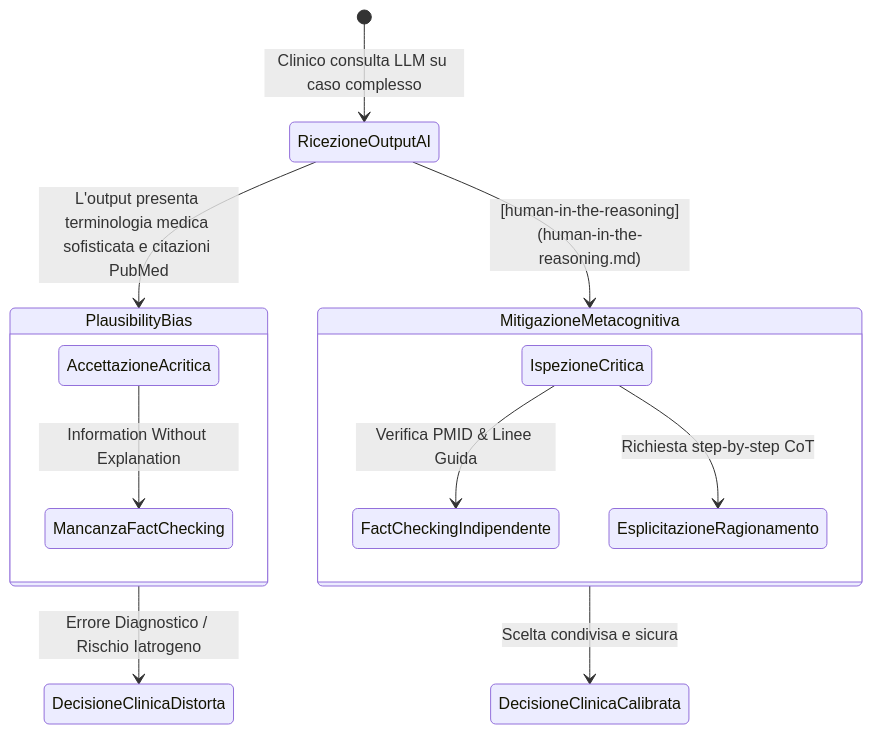
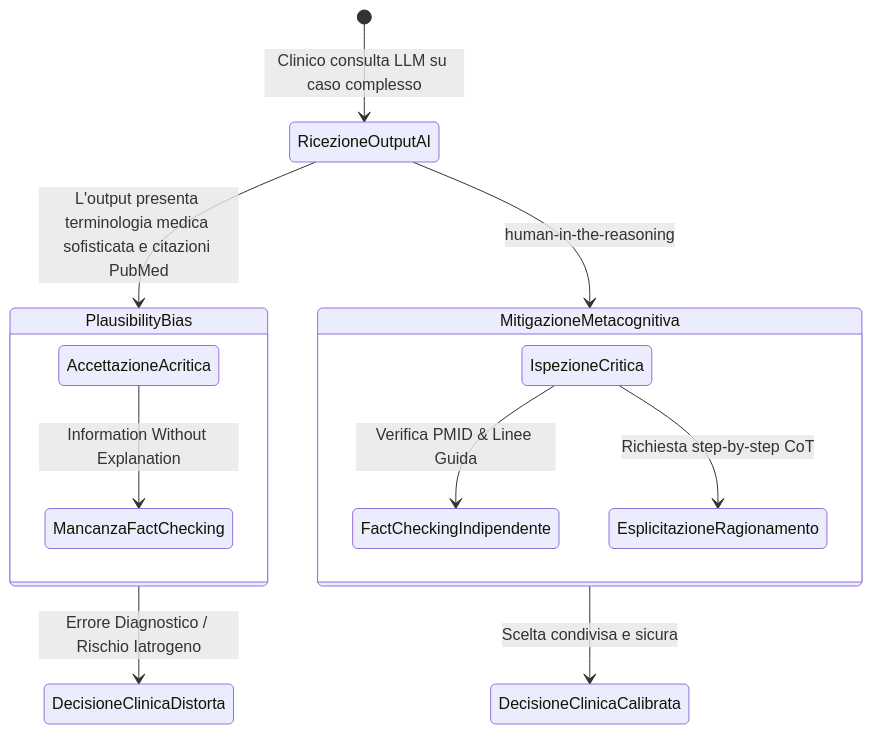
Before and after one commit to andreaferrari7-star/andreaferrari.github.io: the second of 2 diagrams in content/concetti/information-without-explanation-in-clinical-ai.md, drawn with Mermaid. The commit also changed other lines of this file and 656 other files, not shown here.

````diff
--- a/content/concetti/information-without-explanation-in-clinical-ai.md
+++ b/content/concetti/information-without-explanation-in-clinical-ai.md
@@ -50,19 +51,19 @@
 ```mermaid
 stateDiagram-v2
     [*] --> RicezioneOutputAI: Clinico consulta LLM su caso complesso
     RicezioneOutputAI --> PlausibilityBias: L'output presenta terminologia medica sofisticata e citazioni PubMed
     
     state PlausibilityBias {
         AccettazioneAcritica --> MancanzaFactChecking: Information Without Explanation
     }
     
     PlausibilityBias --> DecisioneClinicaDistorta: Errore Diagnostico / Rischio Iatrogeno
     
     state MitigazioneMetacognitiva {
         IspezioneCritica --> FactCheckingIndipendente: Verifica PMID & Linee Guida
         IspezioneCritica --> EsplicitazioneRagionamento: Richiesta step-by-step CoT
     }
     
-    RicezioneOutputAI --> MitigazioneMetacognitiva: [human-in-the-reasoning](human-in-the-reasoning.md)
+    RicezioneOutputAI --> MitigazioneMetacognitiva: human-in-the-reasoning
     MitigazioneMetacognitiva --> DecisioneClinicaCalibrata: Scelta condivisa e sicura
 ```
````
